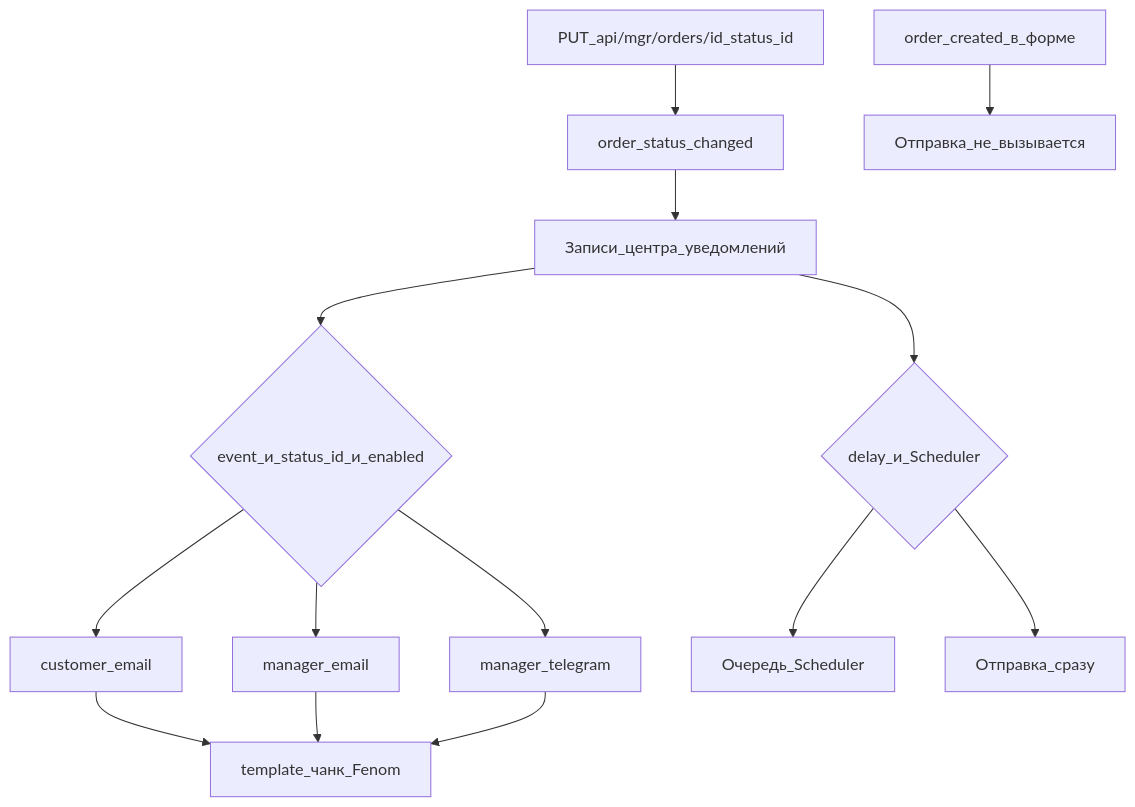
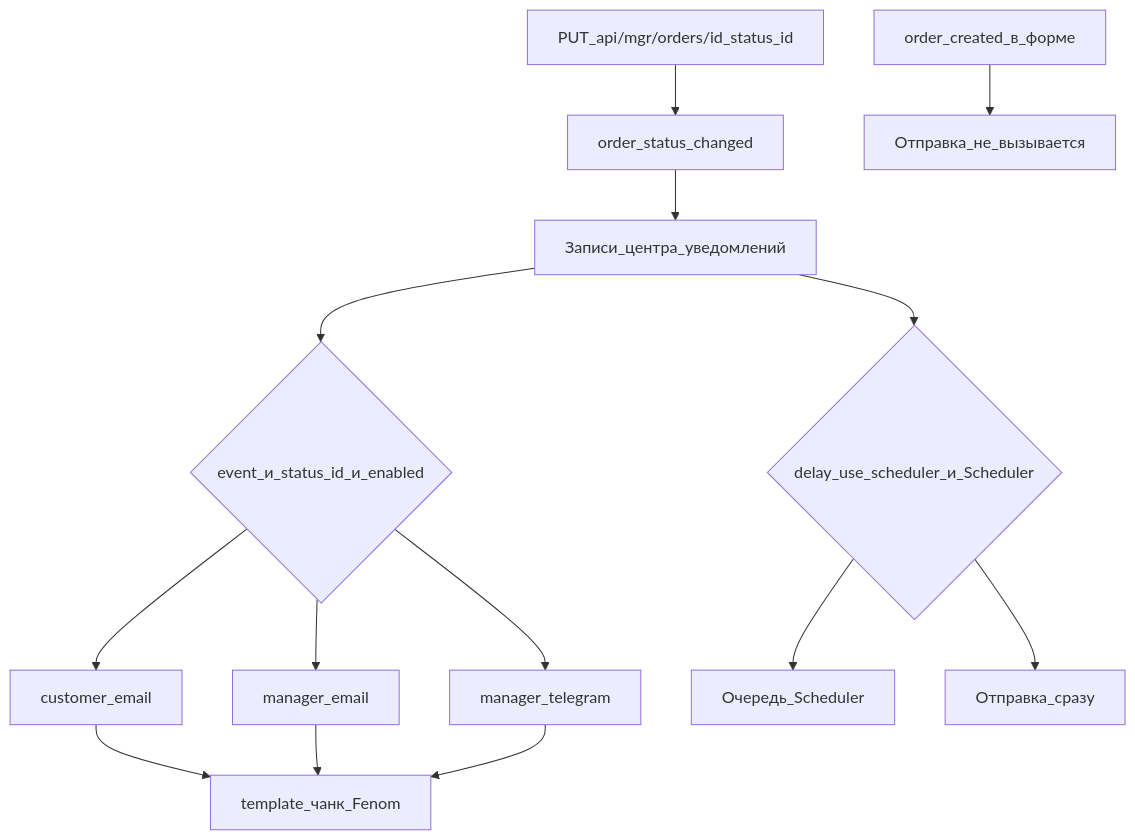
One commit to modx-pro/Docs changed the diagram in docs/components/minishop3/interface/notifications.md. Above: the diagram before and after it, drawn with Mermaid. The commit also changed other lines of this file and 19 other files, not shown here.

````diff
--- a/docs/components/minishop3/interface/notifications.md
+++ b/docs/components/minishop3/interface/notifications.md
@@ -20,16 +18,16 @@
 ```mermaid
 flowchart TB
   PutOrder[PUT_api/mgr/orders/id_status_id] --> EventDisp[order_status_changed]
   EventDisp --> Records[Записи_центра_уведомлений]
   Records --> Match{event_и_status_id_и_enabled}
   Match --> CustomerEmail[customer_email]
   Match --> ManagerEmail[manager_email]
   Match --> ManagerTelegram[manager_telegram]
   CustomerEmail --> ChunkTemplate[template_чанк_Fenom]
   ManagerEmail --> ChunkTemplate
   ManagerTelegram --> ChunkTemplate
-  Records --> DelayField{delay_и_Scheduler}
+  Records --> DelayField{delay_use_scheduler_и_Scheduler}
   DelayField --> Queue[Очередь_Scheduler]
   DelayField --> SendNow[Отправка_сразу]
   FormCreated[order_created_в_форме] --> NotSent[Отправка_не_вызывается]
 ```
````
